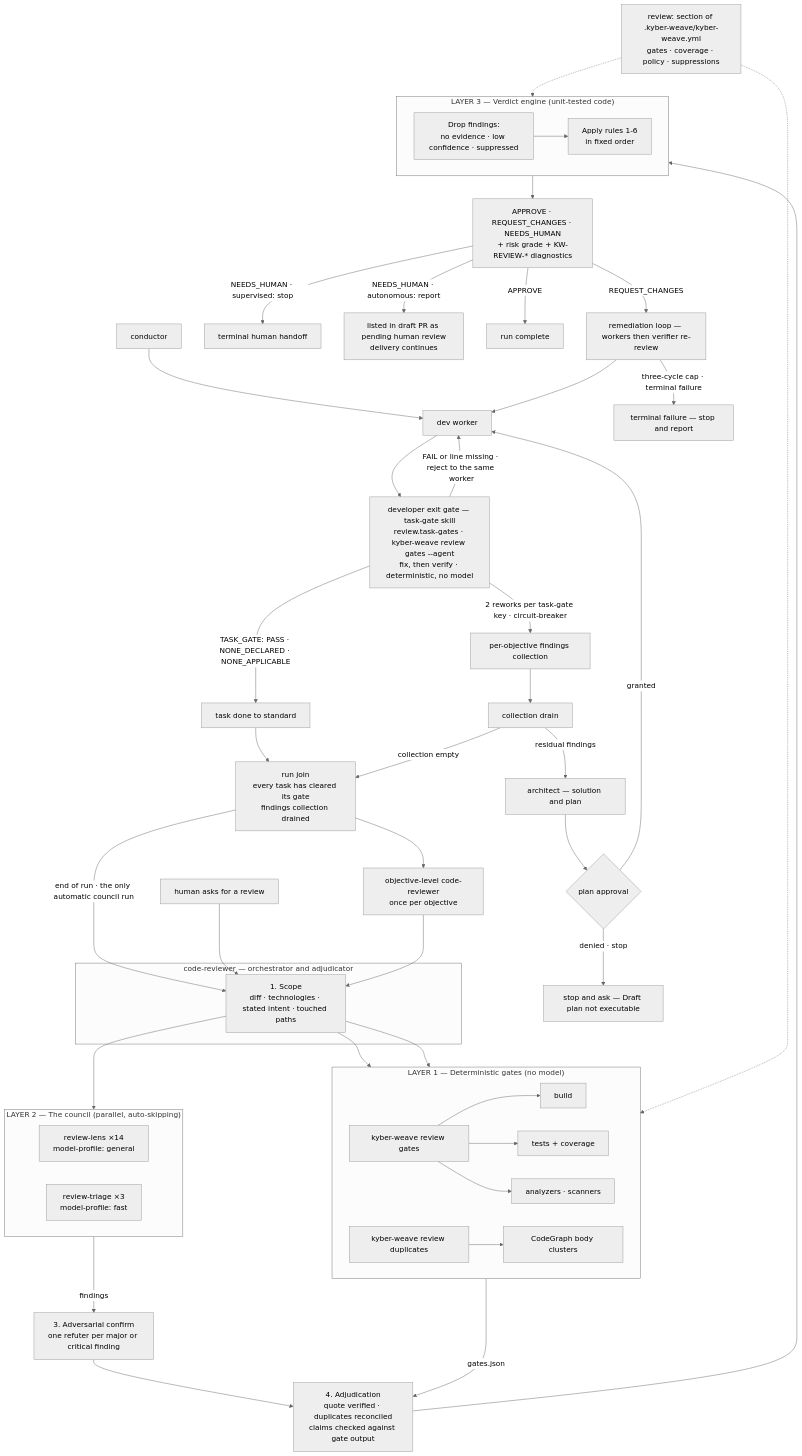
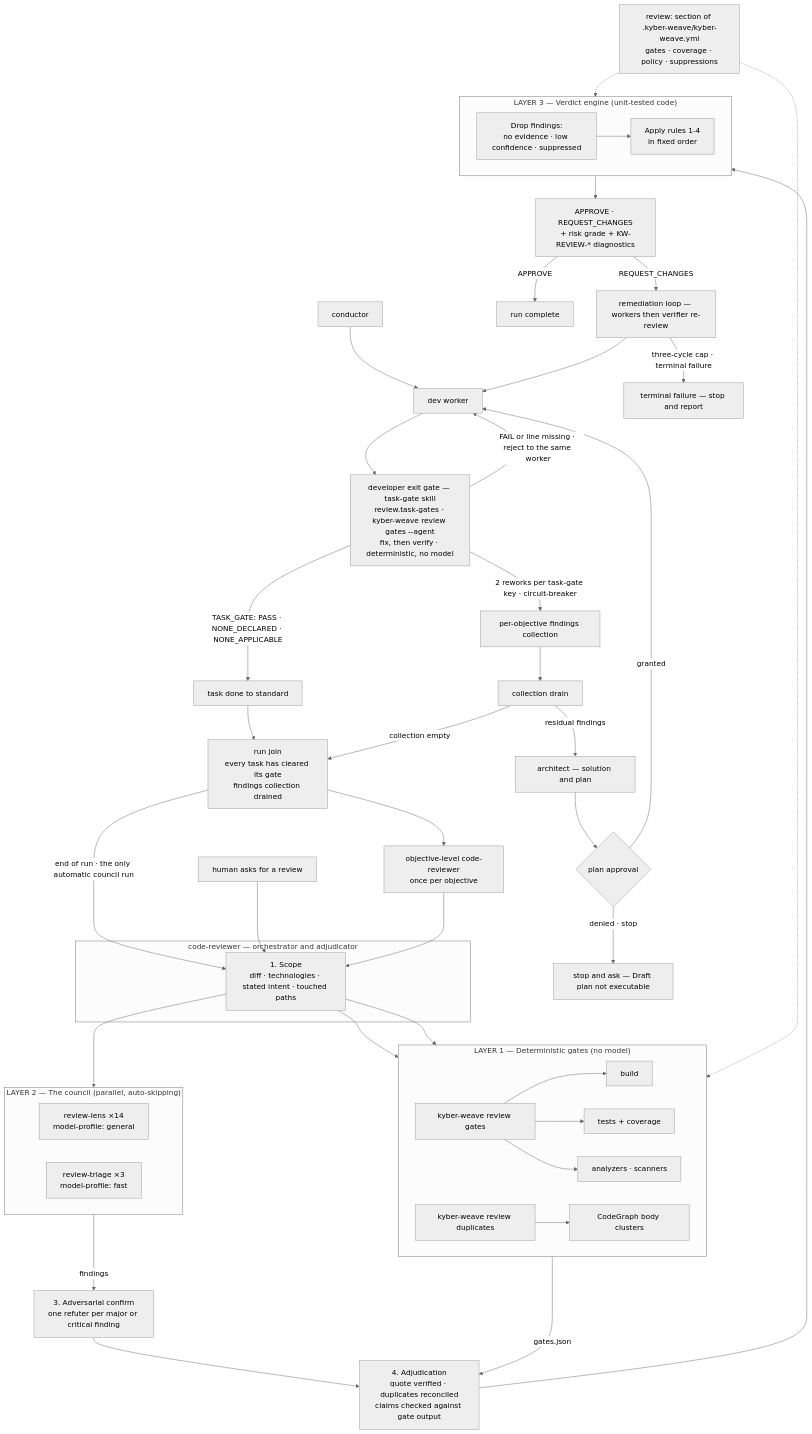
Before and after one commit to dpalfery/kyber-weave: the first of 5 diagrams in docs/code-review/architecture.md, drawn with Mermaid (neutral theme). The commit also changed other lines of this file and 44 other files, not shown here.

Commit message:
feat(review): remove NEEDS_HUMAN verdict and escalate-to-human policy rules

````diff
--- a/docs/code-review/architecture.md
+++ b/docs/code-review/architecture.md
@@ -54,64 +54,62 @@
 ```mermaid
 flowchart TD
     Cfg["review: section of .kyber-weave/kyber-weave.yml<br/>gates · coverage · policy · suppressions"]
     Gate["developer exit gate — task-gate skill<br/>review.task-gates · kyber-weave review gates --agent<br/>fix, then verify · deterministic, no model"]
     Caller["conductor"] --> Worker["dev worker"]
     Worker --> Gate
     Gate -->|"TASK_GATE: PASS · NONE_DECLARED · NONE_APPLICABLE"| TaskDone["task done to standard"]
     Gate -->|"FAIL or line missing · reject to the same worker"| Worker
     Gate -->|"2 reworks per task-gate key · circuit-breaker"| Findings["per-objective findings collection"]
     TaskDone --> Join["run join<br/>every task has cleared its gate<br/>findings collection drained"]
     Findings --> Drain["collection drain"]
     Drain -->|"residual findings"| Architect["architect — solution and plan"]
     Architect --> Approval{"plan approval"}
     Approval -->|"granted"| Worker
     Approval -->|"denied · stop"| PlanDenied["stop and ask — Draft plan not executable"]
     Drain -->|"collection empty"| Join
     Join -->|"end of run · the only automatic council run"| Scope
     HumanAsk["human asks for a review"] --> Scope
 
     subgraph CR["code-reviewer — orchestrator and adjudicator"]
         Scope["1. Scope<br/>diff · technologies · stated intent · touched paths"]
     end
 
     Scope --> GR
     Scope --> DG
     Scope --> Council
 
     subgraph Gates["LAYER 1 — Deterministic gates (no model)"]
         direction LR
         GR["kyber-weave review gates"] --> G1["build"] & G2["tests + coverage"] & G3["analyzers · scanners"]
         DG["kyber-weave review duplicates"] --> G4["CodeGraph body clusters"]
     end
 
     subgraph Council["LAYER 2 — The council (parallel, auto-skipping)"]
         direction LR
         RL["review-lens ×14<br/>model-profile: general"]
         RT["review-triage ×3<br/>model-profile: fast"]
     end
 
     Council -->|"findings"| Confirm["3. Adversarial confirm<br/>one refuter per major or critical finding"]
     Confirm --> Adjudicate
     Gates -->|"gates.json"| Adjudicate
 
     Adjudicate["4. Adjudication<br/>quote verified · duplicates reconciled<br/>claims checked against gate output"] --> VE
 
     subgraph VE["LAYER 3 — Verdict engine (unit-tested code)"]
         direction LR
-        Drop["Drop findings:<br/>no evidence · low confidence · suppressed"] --> Rules["Apply rules 1-6<br/>in fixed order"]
+        Drop["Drop findings:<br/>no evidence · low confidence · suppressed"] --> Rules["Apply rules 1-4<br/>in fixed order"]
     end
 
-    VE --> Out["APPROVE · REQUEST_CHANGES · NEEDS_HUMAN<br/>+ risk grade + KW-REVIEW-* diagnostics"]
+    VE --> Out["APPROVE · REQUEST_CHANGES<br/>+ risk grade + KW-REVIEW-* diagnostics"]
 
-    Out -->|"NEEDS_HUMAN · supervised: stop"| Human["terminal human handoff"]
-    Out -->|"NEEDS_HUMAN · autonomous: report"| PendingReview["listed in draft PR as pending human review<br/>delivery continues"]
     Out -->|"APPROVE"| RunComplete["run complete"]
     Out -->|"REQUEST_CHANGES"| ObjRemed["remediation loop — workers then verifier re-review"]
     ObjRemed --> Worker
     ObjRemed -->|"three-cycle cap · terminal failure"| ObjFailed["terminal failure — stop and report"]
     Join --> ObjReview["objective-level code-reviewer<br/>once per objective"]
     ObjReview --> Scope
 
     Cfg -.-> Gates
     Cfg -.-> VE
 ```
````
